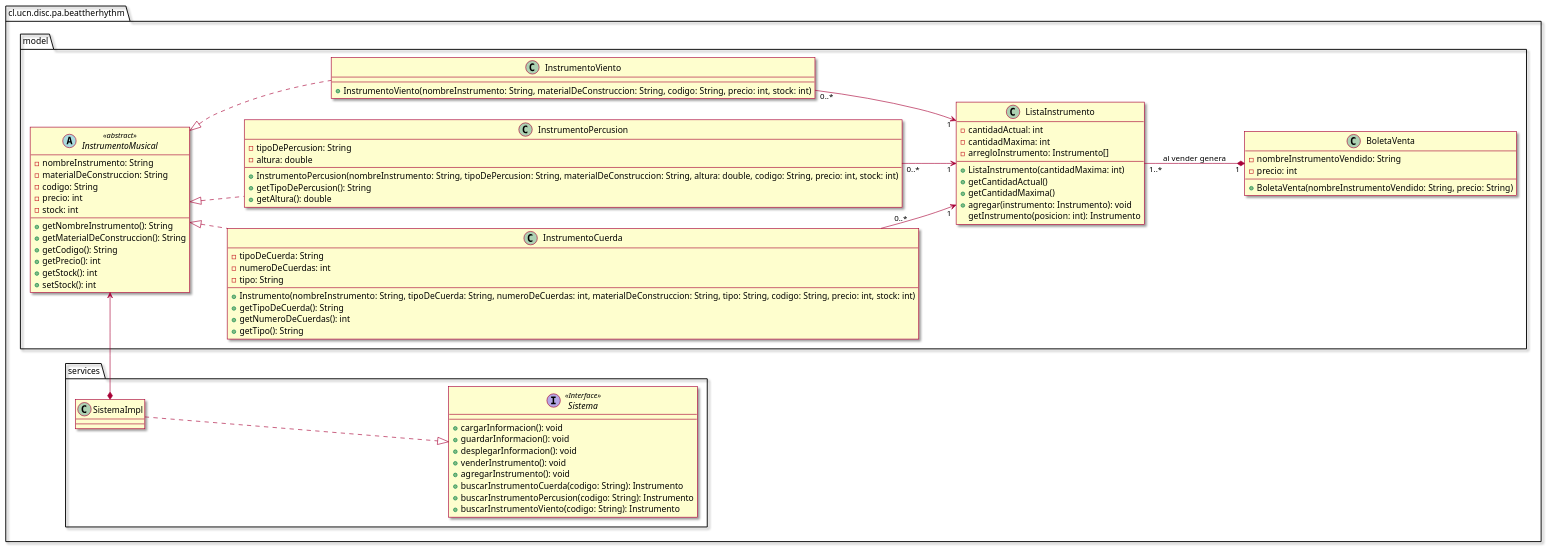
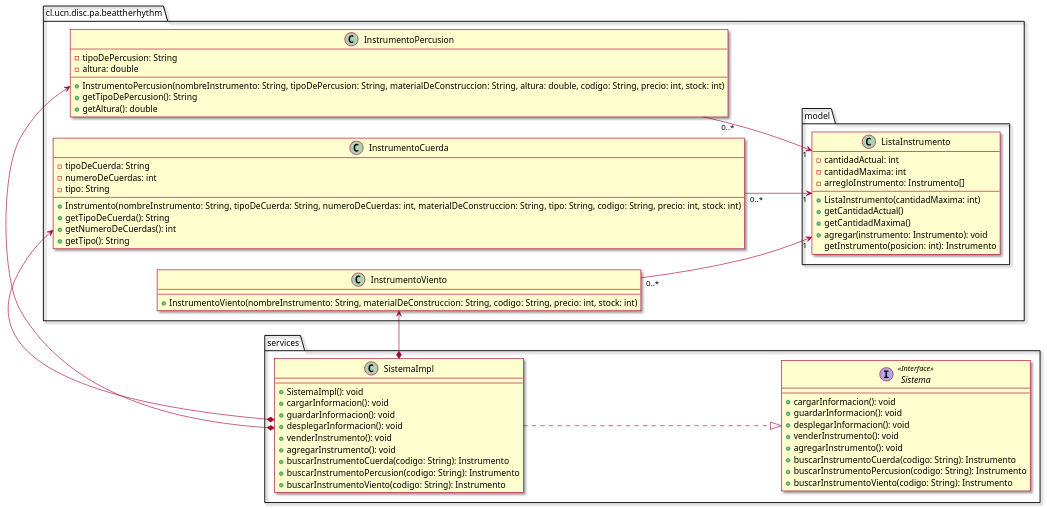
The diagram in clases.puml (BruceMunizaga/Simulador-Inventario), drawn with PlantUML before and after one commit. The commit also changed 12 other files, not shown here.

Commit message:
Pequeños cambios al Diagrama de clases y algunas correciones de ortografia en el modelo de dominio

```diff
--- a/clases.puml
+++ b/clases.puml
@@ -1,82 +1,79 @@
 @startuml
 left to right direction
 set separator none
 !pragma useIntermediatePackages false
 skin rose
 package cl.ucn.disc.pa.beattherhythm{
     package model{
         class ListaInstrumento{
             -cantidadActual: int
             -cantidadMaxima: int
             -arregloInstrumento: Instrumento[]
             +ListaInstrumento(cantidadMaxima: int)
             +getCantidadActual()
             +getCantidadMaxima()
             +agregar(instrumento: Instrumento): void
             getInstrumento(posicion: int): Instrumento
         }
-        abstract class InstrumentoMusical <<abstract>>{
-            -nombreInstrumento: String
-            -materialDeConstruccion: String
-            -codigo: String
-            -precio: int
-            -stock: int
-            +getNombreInstrumento(): String
-            +getMaterialDeConstruccion(): String
-            +getCodigo(): String
-            +getPrecio(): int
-            +getStock(): int
-            +setStock(): int
+
         }
         class InstrumentoCuerda{
             -tipoDeCuerda: String
             -numeroDeCuerdas: int
             -tipo: String
             +Instrumento(nombreInstrumento: String, tipoDeCuerda: String, numeroDeCuerdas: int, materialDeConstruccion: String, tipo: String, codigo: String, precio: int, stock: int)
             +getTipoDeCuerda(): String
             +getNumeroDeCuerdas(): int
             +getTipo(): String
         }
-        InstrumentoMusical <|.. InstrumentoCuerda
+
         class InstrumentoPercusion{
             -tipoDePercusion: String
             -altura: double
             +InstrumentoPercusion(nombreInstrumento: String, tipoDePercusion: String, materialDeConstruccion: String, altura: double, codigo: String, precio: int, stock: int)
             +getTipoDePercusion(): String
             +getAltura(): double
         }
-        InstrumentoMusical <|.. InstrumentoPercusion
+
         class InstrumentoViento{
             +InstrumentoViento(nombreInstrumento: String, materialDeConstruccion: String, codigo: String, precio: int, stock: int)
         }
-        InstrumentoMusical <|.. InstrumentoViento
-        class BoletaVenta{
-        -nombreInstrumentoVendido: String
-        -precio: int
-        +BoletaVenta(nombreInstrumentoVendido: String, precio: String)
-        }
+
+
     }
     package services{
         interface Sistema <<Interface>>{
             +cargarInformacion(): void
             +guardarInformacion(): void
             +desplegarInformacion(): void
             +venderInstrumento(): void
             +agregarInstrumento(): void
             +buscarInstrumentoCuerda(codigo: String): Instrumento
             +buscarInstrumentoPercusion(codigo: String): Instrumento
             +buscarInstrumentoViento(codigo: String): Instrumento
         }
         class SistemaImpl{
+            +SistemaImpl(): void
+            +cargarInformacion(): void
+            +guardarInformacion(): void
+            +desplegarInformacion(): void
+            +venderInstrumento(): void
+            +agregarInstrumento(): void
+            +buscarInstrumentoCuerda(codigo: String): Instrumento
+            +buscarInstrumentoPercusion(codigo: String): Instrumento
+            +buscarInstrumentoViento(codigo: String): Instrumento
+
+
         }
     }
 }
 
 SistemaImpl ..|> Sistema
-ListaInstrumento "1..*" --* "1" BoletaVenta: al vender genera
 InstrumentoCuerda "0..*" --> "1" ListaInstrumento
 InstrumentoPercusion "0..*" --> "1" ListaInstrumento
 InstrumentoViento "0..*" --> "1" ListaInstrumento
-SistemaImpl *-> InstrumentoMusical
+SistemaImpl *-> InstrumentoPercusion
+SistemaImpl *-> InstrumentoCuerda
+SistemaImpl *-> InstrumentoViento
 
 @enduml
```
